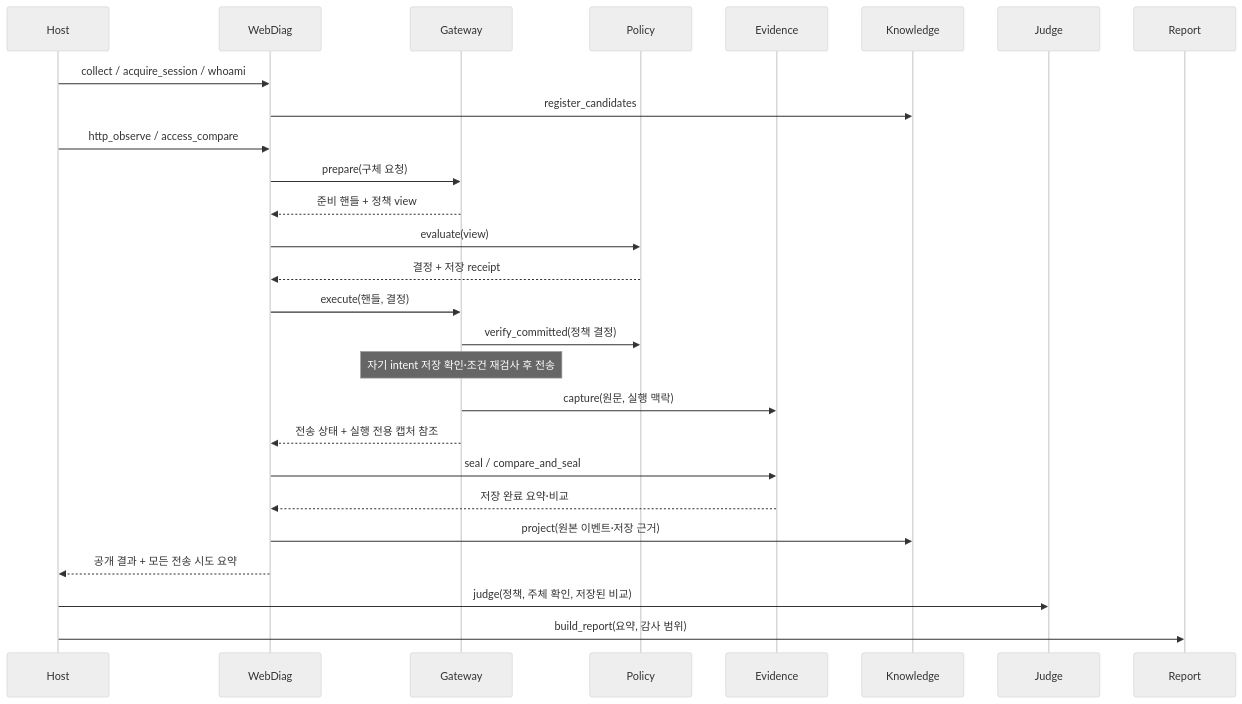
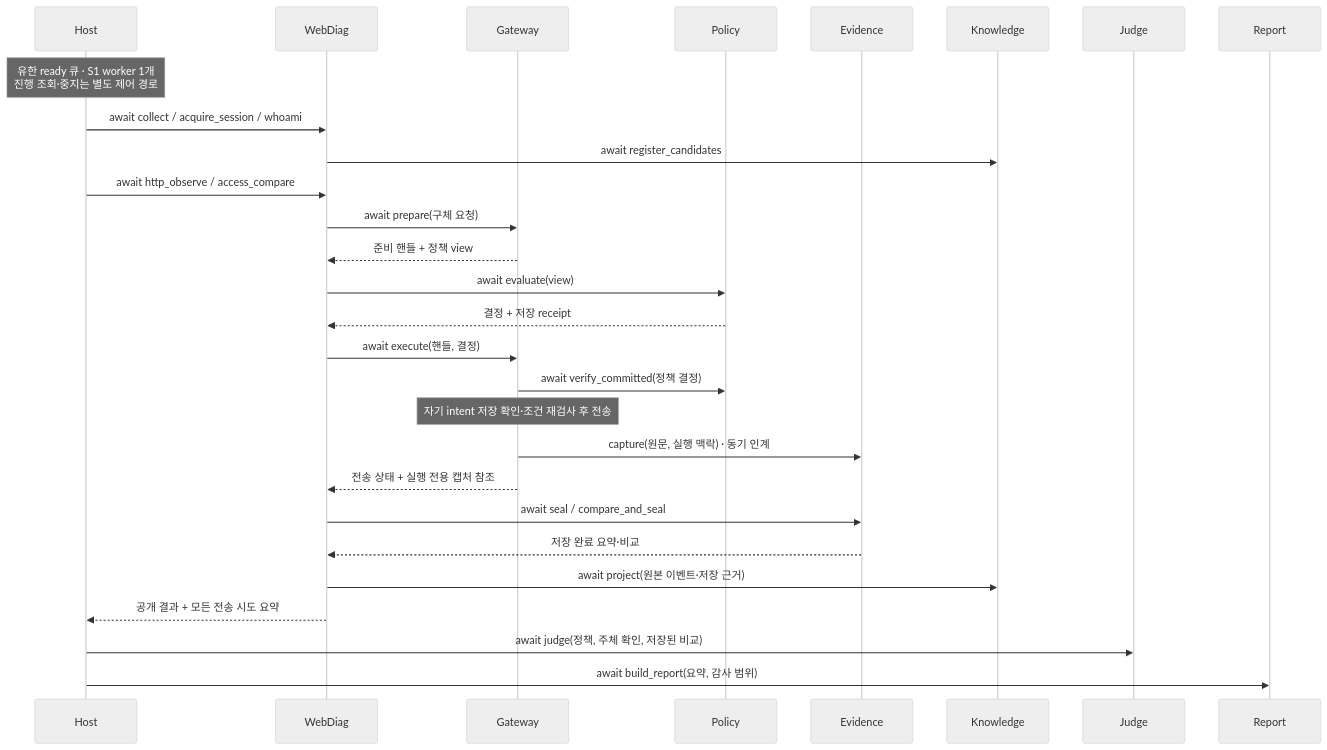
Before and after one commit to ABC2LAB/abc2lab-dast: the diagram in docs/planning/s1-api-spec.md, drawn with Mermaid (neutral theme). The commit also changed other lines of this file and 5 other files, not shown here.

````diff
--- a/docs/planning/s1-api-spec.md
+++ b/docs/planning/s1-api-spec.md
@@ -19,29 +21,30 @@
 ```mermaid
 sequenceDiagram
     participant H as Host
     participant W as WebDiag
     participant G as Gateway
     participant P as Policy
     participant E as Evidence
     participant K as Knowledge
     participant J as Judge
     participant R as Report
-    H->>W: collect / acquire_session / whoami
-    W->>K: register_candidates
-    H->>W: http_observe / access_compare
-    W->>G: prepare(구체 요청)
+    Note over H: 유한 ready 큐 · S1 worker 1개<br/>진행 조회·중지는 별도 제어 경로
+    H->>W: await collect / acquire_session / whoami
+    W->>K: await register_candidates
+    H->>W: await http_observe / access_compare
+    W->>G: await prepare(구체 요청)
     G-->>W: 준비 핸들 + 정책 view
-    W->>P: evaluate(view)
+    W->>P: await evaluate(view)
     P-->>W: 결정 + 저장 receipt
-    W->>G: execute(핸들, 결정)
-    G->>P: verify_committed(정책 결정)
+    W->>G: await execute(핸들, 결정)
+    G->>P: await verify_committed(정책 결정)
     Note over G: 자기 intent 저장 확인·조건 재검사 후 전송
-    G->>E: capture(원문, 실행 맥락)
+    G->>E: capture(원문, 실행 맥락) · 동기 인계
     G-->>W: 전송 상태 + 실행 전용 캡처 참조
-    W->>E: seal / compare_and_seal
+    W->>E: await seal / compare_and_seal
     E-->>W: 저장 완료 요약·비교
-    W->>K: project(원본 이벤트·저장 근거)
+    W->>K: await project(원본 이벤트·저장 근거)
     W-->>H: 공개 결과 + 모든 전송 시도 요약
-    H->>J: judge(정책, 주체 확인, 저장된 비교)
-    H->>R: build_report(요약, 감사 범위)
+    H->>J: await judge(정책, 주체 확인, 저장된 비교)
+    H->>R: await build_report(요약, 감사 범위)
 ```
````
